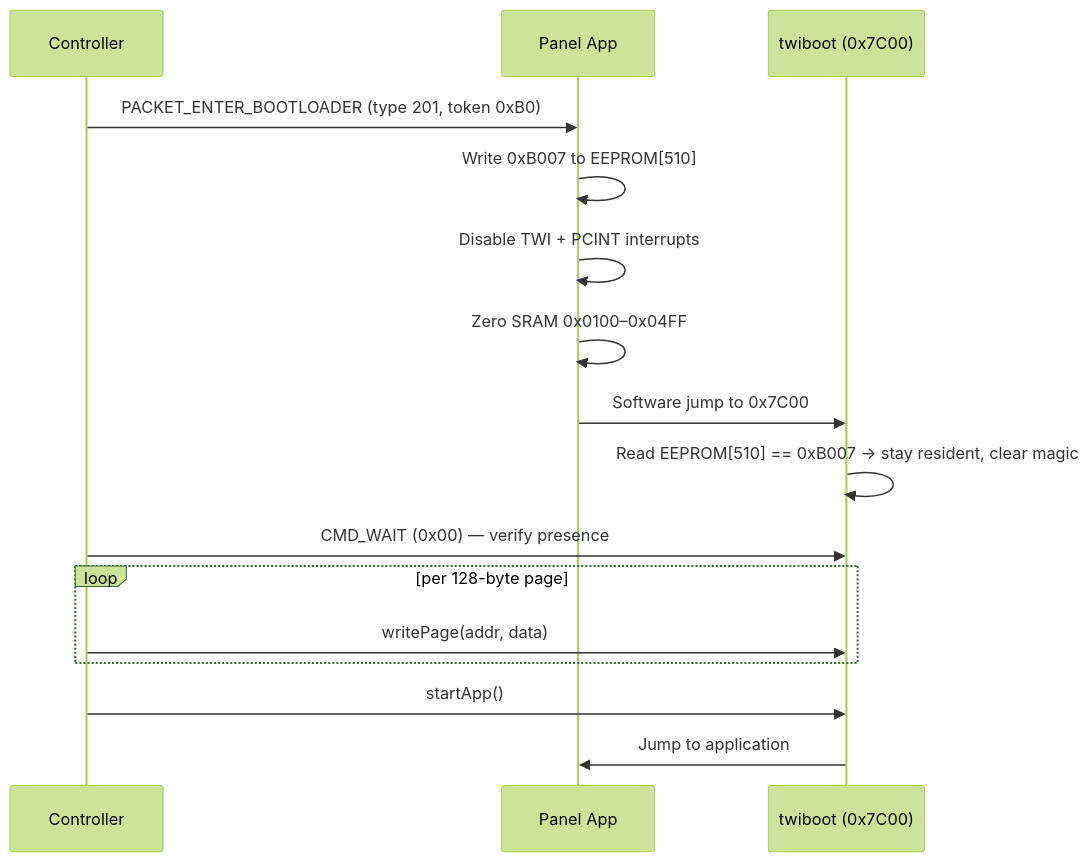
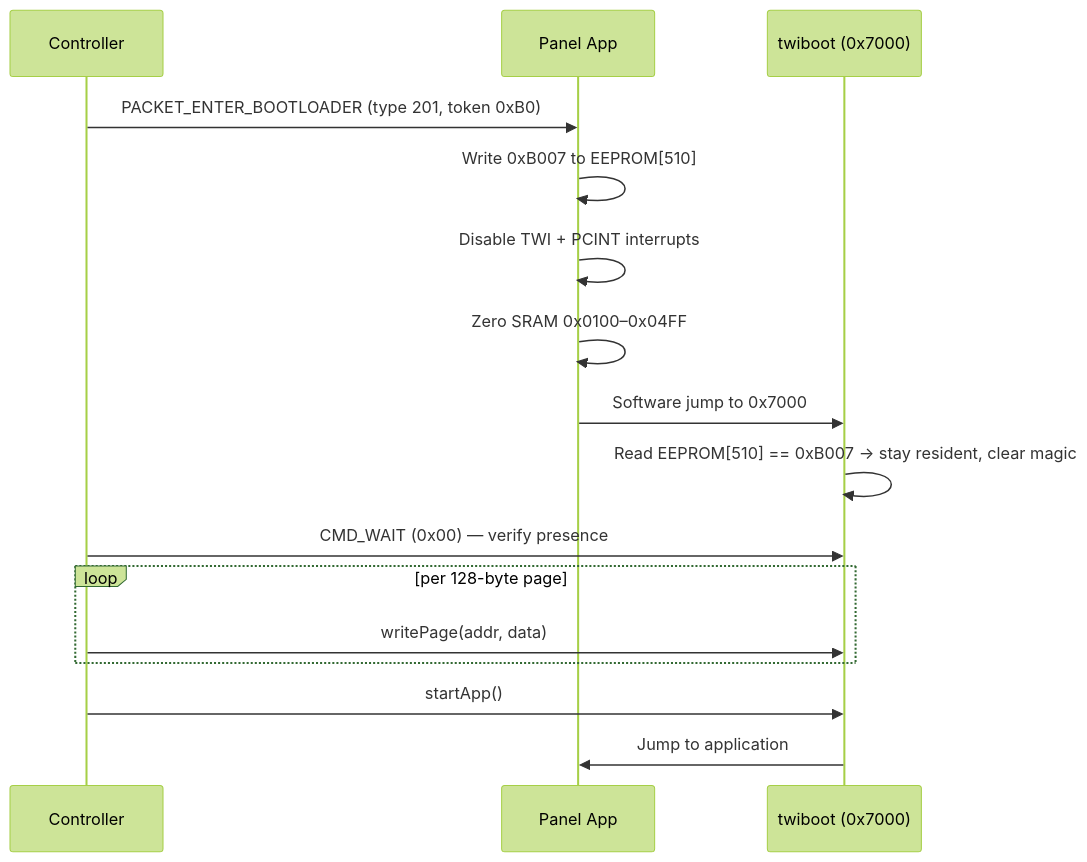
One commit to przemczan/lightnet-firmware changed the first of 2 diagrams in docs/ota.md. Above: the diagram before and after it, drawn with Mermaid (forest theme). The commit also changed other lines of this file and 11 other files, not shown here.

````diff
--- a/docs/ota.md
+++ b/docs/ota.md
@@ -38,19 +38,19 @@
 ```mermaid
 sequenceDiagram
   participant C as Controller
   participant P as Panel App
-  participant BL as twiboot (0x7C00)
+  participant BL as twiboot (0x7000)
 
   C->>P: PACKET_ENTER_BOOTLOADER (type 201, token 0xB0)
   P->>P: Write 0xB007 to EEPROM[510]
   P->>P: Disable TWI + PCINT interrupts
   P->>P: Zero SRAM 0x0100–0x04FF
-  P->>BL: Software jump to 0x7C00
+  P->>BL: Software jump to 0x7000
   BL->>BL: Read EEPROM[510] == 0xB007 → stay resident, clear magic
   C->>BL: CMD_WAIT (0x00) — verify presence
   loop per 128-byte page
     C->>BL: writePage(addr, data)
   end
   C->>BL: startApp()
   BL->>P: Jump to application
 ```
````
